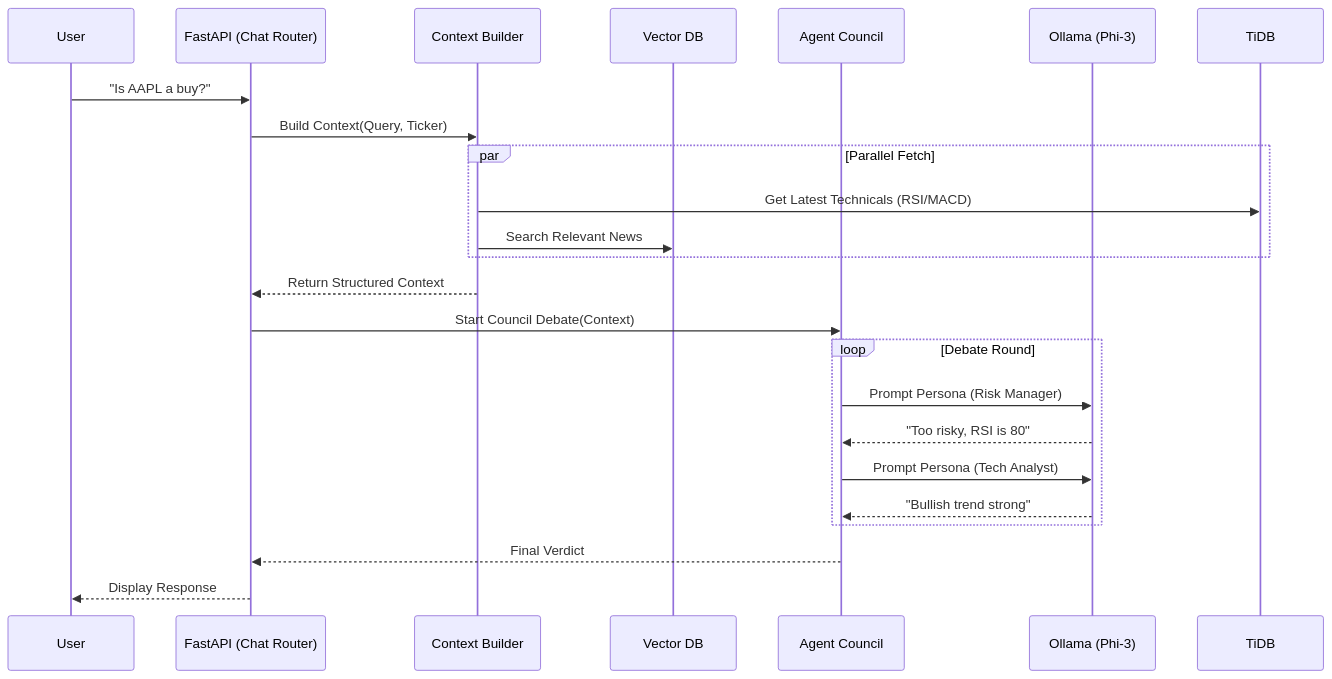
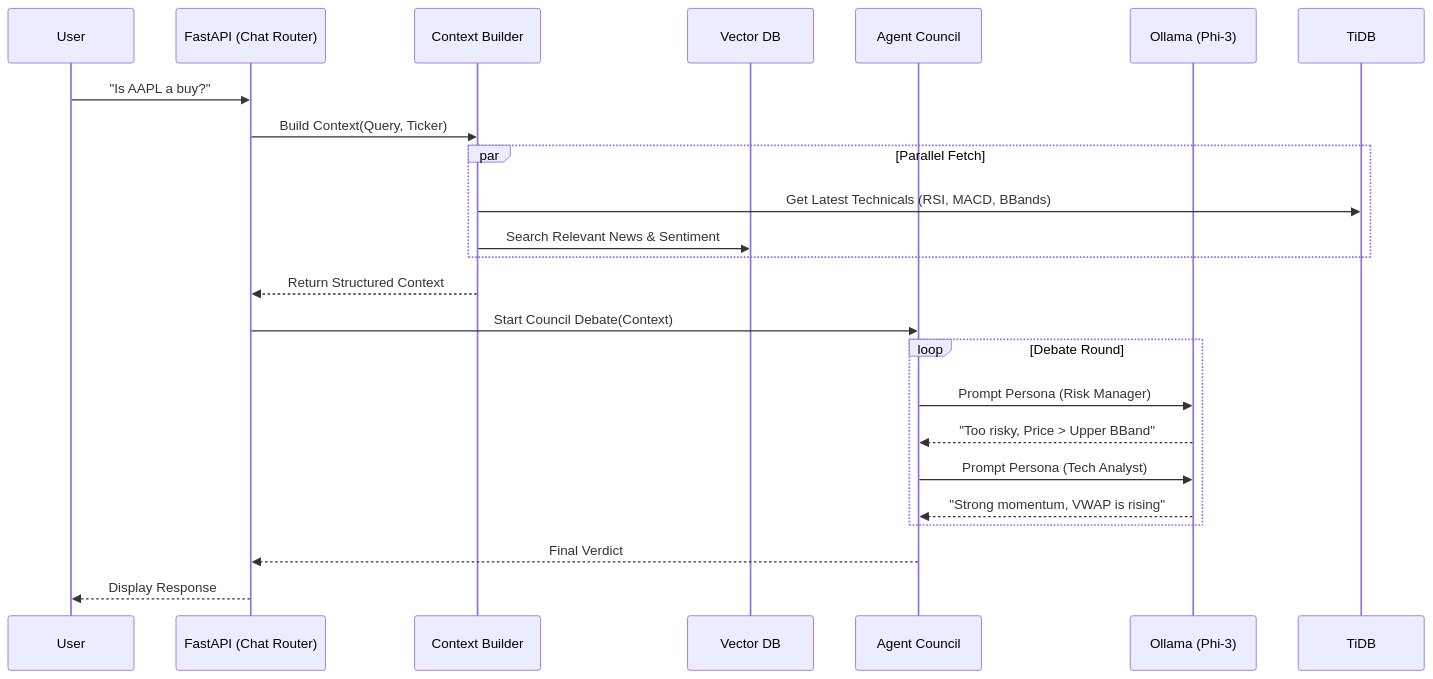
One commit to parshwa1809/Agentic-Financial-Analyst changed the second of 2 diagrams in Readme.md. Above: the diagram before and after it, drawn with Mermaid. The commit also changed other lines of this file and 2 other files, not shown here.

Commit message:
Update documentation with architecture diagrams and project previews

````diff
--- a/Readme.md
+++ b/Readme.md
@@ -138,30 +152,30 @@
 ```mermaid
 sequenceDiagram
     participant User
     participant API as FastAPI (Chat Router)
     participant RAG as Context Builder
     participant FAISS as Vector DB
     participant Agent as Agent Council
     participant LLM as Ollama (Phi-3)
 
     User->>API: "Is AAPL a buy?"
     API->>RAG: Build Context(Query, Ticker)
     
     par Parallel Fetch
-        RAG->>TiDB: Get Latest Technicals (RSI/MACD)
-        RAG->>FAISS: Search Relevant News
+        RAG->>TiDB: Get Latest Technicals (RSI, MACD, BBands)
+        RAG->>FAISS: Search Relevant News & Sentiment
     end
     
     RAG-->>API: Return Structured Context
     API->>Agent: Start Council Debate(Context)
     
     loop Debate Round
         Agent->>LLM: Prompt Persona (Risk Manager)
-        LLM-->>Agent: "Too risky, RSI is 80"
+        LLM-->>Agent: "Too risky, Price > Upper BBand"
         Agent->>LLM: Prompt Persona (Tech Analyst)
-        LLM-->>Agent: "Bullish trend strong"
+        LLM-->>Agent: "Strong momentum, VWAP is rising"
     end
     
     Agent-->>API: Final Verdict
     API-->>User: Display Response
 ```
````
